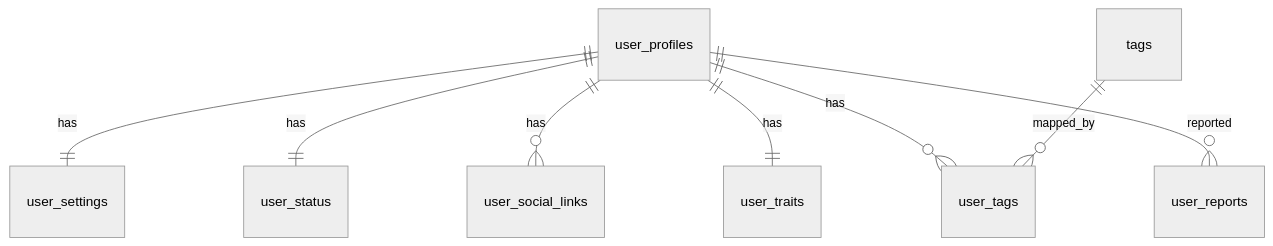
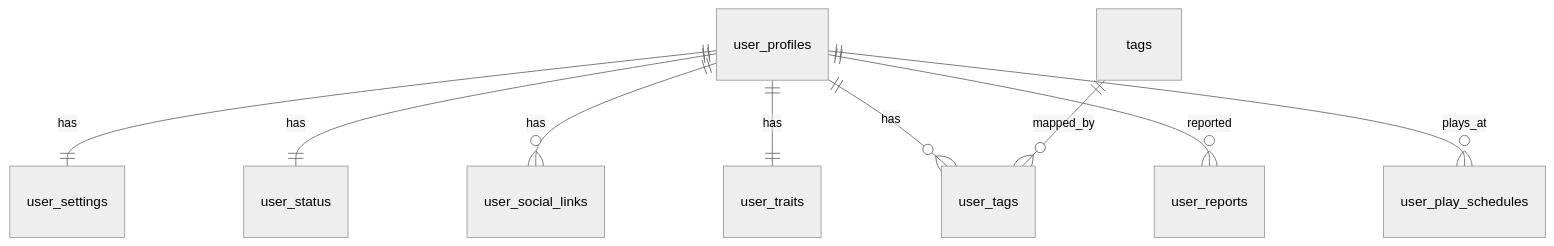
One commit to szeunkk/ReadyGo changed the first of 7 diagrams in docs/database/02-domain-erd.md. Above: the diagram before and after it, drawn with Mermaid (neutral theme). The commit also changed other lines of this file and 5 other files, not shown here.

````diff
--- a/docs/database/02-domain-erd.md
+++ b/docs/database/02-domain-erd.md
@@ -20,10 +20,11 @@
 ```mermaid
 erDiagram
   user_profiles ||--|| user_settings : has
   user_profiles ||--|| user_status : has
   user_profiles ||--o{ user_social_links : has
   user_profiles ||--|| user_traits : has
   user_profiles ||--o{ user_tags : has
   tags ||--o{ user_tags : mapped_by
   user_profiles ||--o{ user_reports : reported
+  user_profiles ||--o{ user_play_schedules : plays_at
 ```
````
